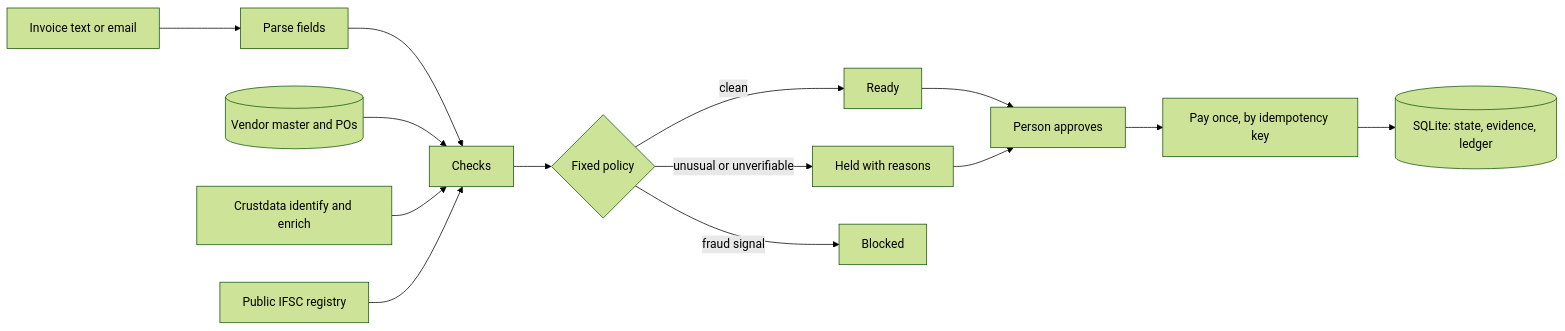
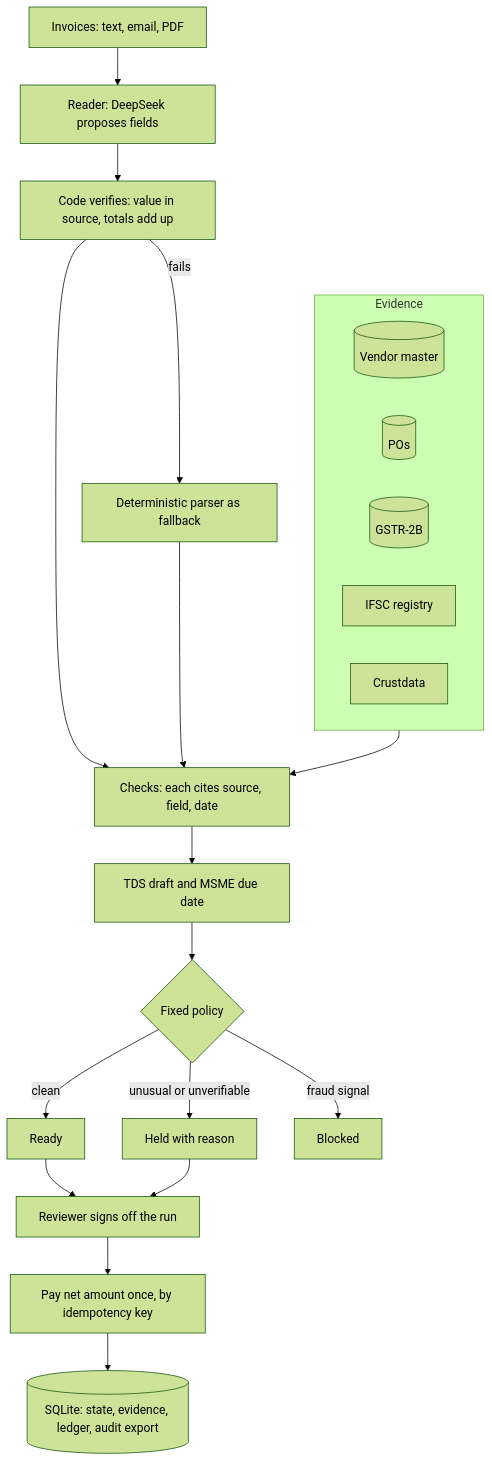
Before and after one commit to neofytr/chukta: the diagram in docs/PLAN.md, drawn with Mermaid (forest theme). The commit also changed other lines of this file and 1 other file, not shown here.

````diff
--- a/docs/PLAN.md
+++ b/docs/PLAN.md
@@ -28,16 +52,25 @@
 ```mermaid
-flowchart LR
-  A[Invoice text or email] --> B[Parse fields]
-  B --> C[Checks]
-  M[(Vendor master and POs)] --> C
-  S[Crustdata identify and enrich] --> C
-  I[Public IFSC registry] --> C
-  C --> D{Fixed policy}
-  D -->|clean| R[Ready]
-  D -->|unusual or unverifiable| H[Held with reasons]
-  D -->|fraud signal| X[Blocked]
-  R --> P[Person approves]
-  H --> P
-  P --> Q[Pay once, by idempotency key]
-  Q --> L[(SQLite: state, evidence, ledger)]
+flowchart TB
+  IN[Invoices: text, email, PDF] --> READ[Reader: DeepSeek proposes fields]
+  READ --> VER[Code verifies: value in source, totals add up]
+  VER -->|fails| REGEX[Deterministic parser as fallback]
+  VER --> CHECKS
+  REGEX --> CHECKS
+  subgraph Evidence
+    VM[(Vendor master)]
+    PO[(POs)]
+    B2B[(GSTR-2B)]
+    IFSC[IFSC registry]
+    CD[Crustdata]
+  end
+  Evidence --> CHECKS[Checks: each cites source, field, date]
+  CHECKS --> TAX[TDS draft and MSME due date]
+  TAX --> GATE{Fixed policy}
+  GATE -->|clean| READY[Ready]
+  GATE -->|unusual or unverifiable| HELD[Held with reason]
+  GATE -->|fraud signal| BLOCKED[Blocked]
+  READY --> SIGN[Reviewer signs off the run]
+  HELD --> SIGN
+  SIGN --> PAY[Pay net amount once, by idempotency key]
+  PAY --> AUDIT[(SQLite: state, evidence, ledger, audit export)]
 ```
````
